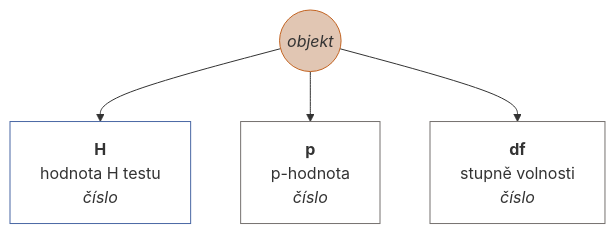
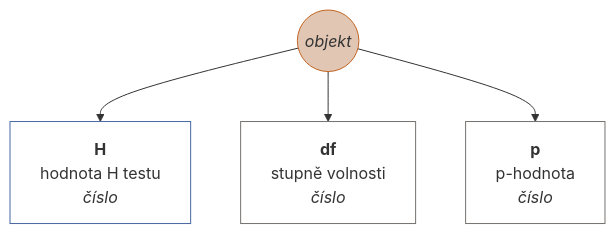
Diagram 42 of 45 in docs/cs-CZ.md (muzikp/retusa), drawn with Mermaid before and after one commit. The commit also changed other lines of this file and 4 other files, not shown here.

````diff
--- a/docs/cs-CZ.md
+++ b/docs/cs-CZ.md
@@ -1734,16 +1734,16 @@
 ```mermaid
 graph TD
 kwanova((<i>objekt</i>))
 style kwanova fill:#E1C6B3;
 style kwanova stroke:#C36422;
 kwanova --> H[<b>H</b><br>hodnota H testu <br><i>číslo</i>]
 style H fill:#FFFFFF;
 style H stroke:#4967A4;
+kwanova --> df[<b>df</b><br>stupně volnosti <br><i>číslo</i>]
+style df fill:#FFFFFF;
+style df stroke:#75716F;
 kwanova --> p[<b>p</b><br>p-hodnota <br><i>číslo</i>]
 style p fill:#FFFFFF;
 style p stroke:#75716F;
-kwanova --> df[<b>df</b><br>stupně volnosti <br><i>číslo</i>]
-style df fill:#FFFFFF;
-style df stroke:#75716F;
 
 ```
````
